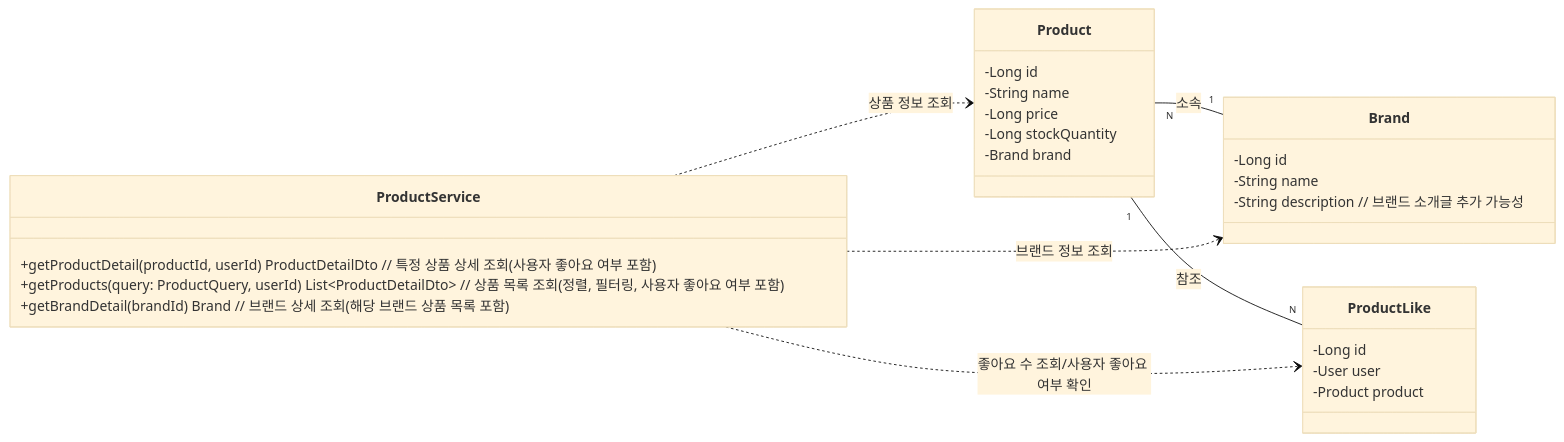
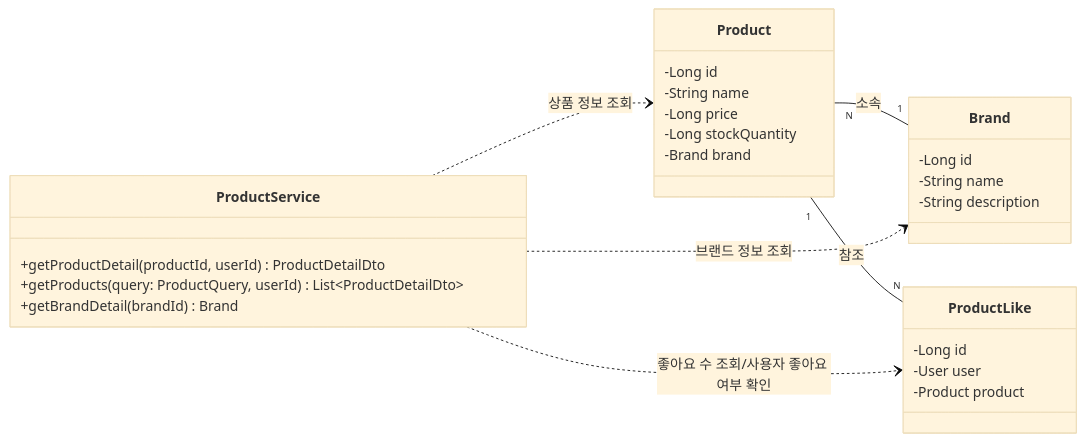
The first of 3 diagrams in docs/design/03-class-diagrams.md (connieya/gamsung-commerce), drawn with Mermaid (base theme) before and after one commit. The commit also changed other lines of this file, not shown here.

Commit message:
docs : 클래스 다이어그램 수정

````diff
--- a/docs/design/03-class-diagrams.md
+++ b/docs/design/03-class-diagrams.md
@@ -5,41 +5,41 @@
 ```mermaid
 classDiagram
     direction LR
 
 
     class Product {
         -Long id
         -String name
         -Long price
         -Long stockQuantity
         -Brand brand
     }
 
     class Brand {
         -Long id
         -String name
-        -String description // 브랜드 소개글 추가 가능성
+        -String description
     }
 
     class ProductLike {
         -Long id
         -User user
         -Product product
     }
 
  
     class ProductService {
-        +getProductDetail(productId, userId) ProductDetailDto // 특정 상품 상세 조회 (사용자 좋아요 여부 포함)
-        +getProducts(query: ProductQuery, userId) List~ProductDetailDto~ // 상품 목록 조회 (정렬, 필터링, 사용자 좋아요 여부 포함)
-        +getBrandDetail(brandId) Brand // 브랜드 상세 조회 (해당 브랜드 상품 목록 포함)
+        +getProductDetail(productId, userId) ProductDetailDto 
+        +getProducts(query: ProductQuery, userId) List~ProductDetailDto~ 
+        +getBrandDetail(brandId) Brand 
     }
 
     Product "N" -- "1" Brand : 소속
     Product "1" -- "N" ProductLike : 참조
 
     ProductService ..> Product : 상품 정보 조회
     ProductService ..> Brand : 브랜드 정보 조회
     ProductService ..> ProductLike : 좋아요 수 조회/사용자 좋아요 여부 확인
   
 
 ```
````
